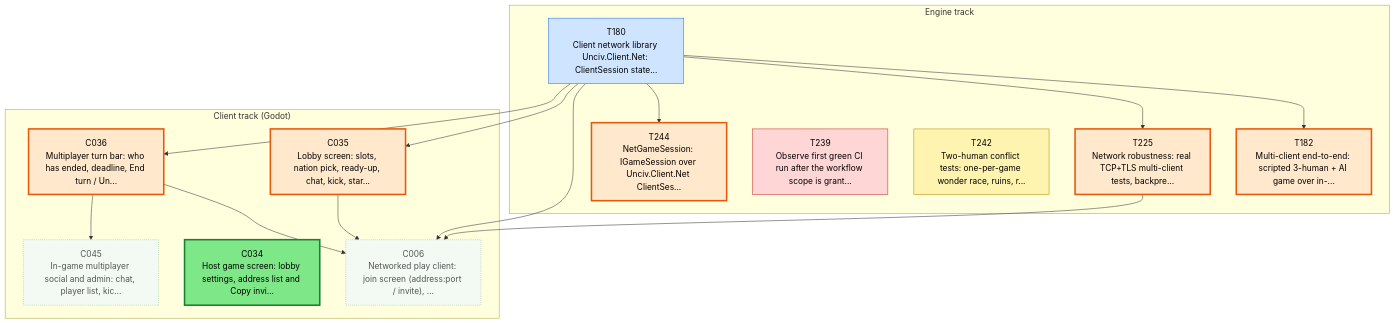
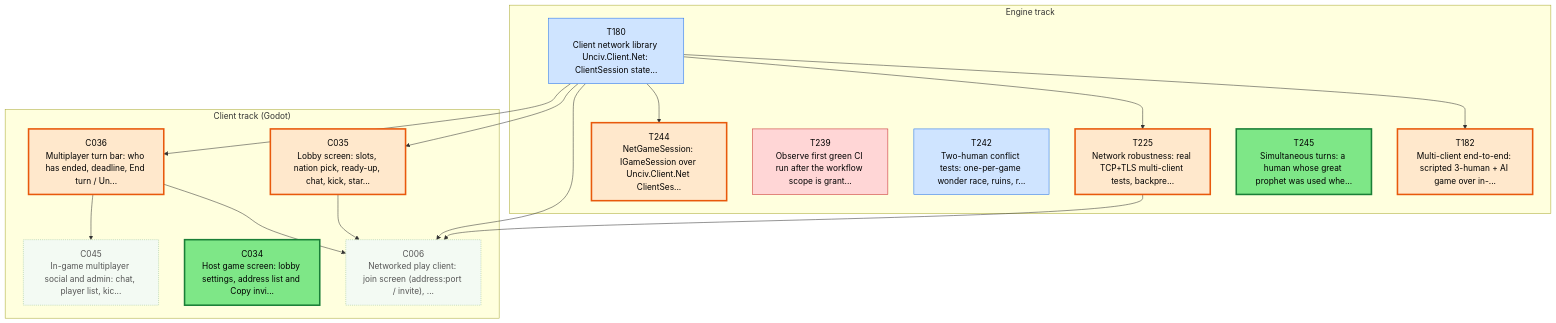
Before and after one commit to Kenmura/Unciv: the first of 3 diagrams in csharp/migration/DEPENDENCY_MAP.md, drawn with Mermaid. The commit also changed other lines of this file and 1 other file, not shown here.

Commit message:
migration: T242 -> In-Review [Claude]

````diff
--- a/csharp/migration/DEPENDENCY_MAP.md
+++ b/csharp/migration/DEPENDENCY_MAP.md
@@ -24,46 +24,48 @@
 ```mermaid
 flowchart TD
   subgraph TTRACK["Engine track"]
     T180["T180<br/>Client network library Unciv.Client.Net: ClientSession state..."]
     T182["T182<br/>Multi-client end-to-end: scripted 3-human + AI game over in-..."]
     T225["T225<br/>Network robustness: real TCP+TLS multi-client tests, backpre..."]
     T239["T239<br/>Observe first green CI run after the workflow scope is grant..."]
     T242["T242<br/>Two-human conflict tests: one-per-game wonder race, ruins, r..."]
     T244["T244<br/>NetGameSession: IGameSession over Unciv.Client.Net ClientSes..."]
+    T245["T245<br/>Simultaneous turns: a human whose great prophet was used whe..."]
   end
   subgraph CTRACK["Client track (Godot)"]
     C006["C006<br/>Networked play client: join screen (address:port / invite), ..."]
     C034["C034<br/>Host game screen: lobby settings, address list and Copy invi..."]
     C035["C035<br/>Lobby screen: slots, nation pick, ready-up, chat, kick, star..."]
     C036["C036<br/>Multiplayer turn bar: who has ended, deadline, End turn / Un..."]
     C045["C045<br/>In-game multiplayer social and admin: chat, player list, kic..."]
   end
   T180 --> T182
   T180 --> T225
   T180 --> T244
   T180 --> C006
   C035 --> C006
   C036 --> C006
   T225 --> C006
   T180 --> C035
   T180 --> C036
   C036 --> C045
   classDef waiting fill:#f3faf3,stroke:#9bc49b,color:#555,stroke-dasharray:2 2
   classDef ondeck fill:#ffe8cc,stroke:#e8590c,stroke-width:3px,color:#000
   classDef ready fill:#7ee787,stroke:#1a7f37,stroke-width:3px,color:#000
   classDef prog fill:#fff3b0,stroke:#b58900,color:#000
   classDef review fill:#cfe4ff,stroke:#1f6feb,color:#000
   classDef blocked fill:#ffd6d6,stroke:#c62828,color:#000
   classDef done fill:#eeeeee,stroke:#999999,color:#666,stroke-dasharray:4 3
   class C006 waiting
   class C034 ready
   class C035 ondeck
   class C036 ondeck
   class C045 waiting
   class T180 review
   class T182 ondeck
   class T225 ondeck
   class T239 blocked
-  class T242 prog
+  class T242 review
   class T244 ondeck
+  class T245 ready
 ```
````
